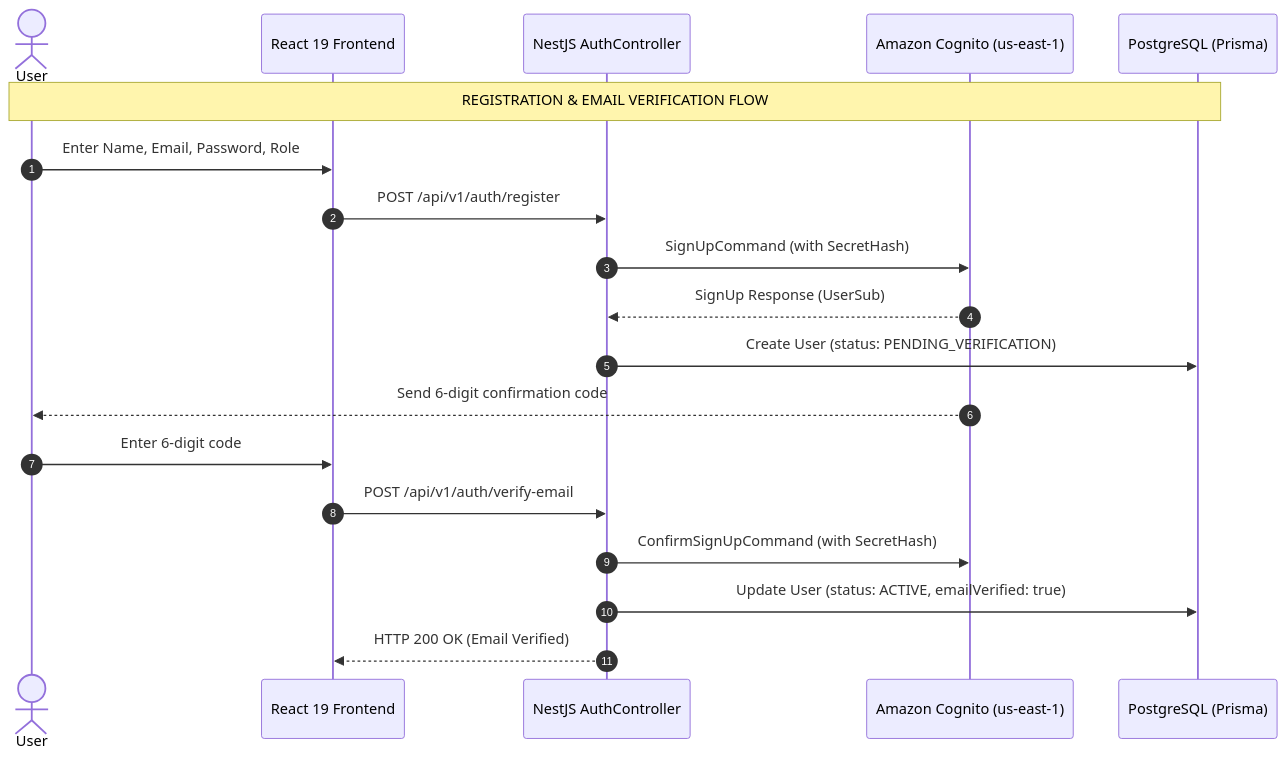
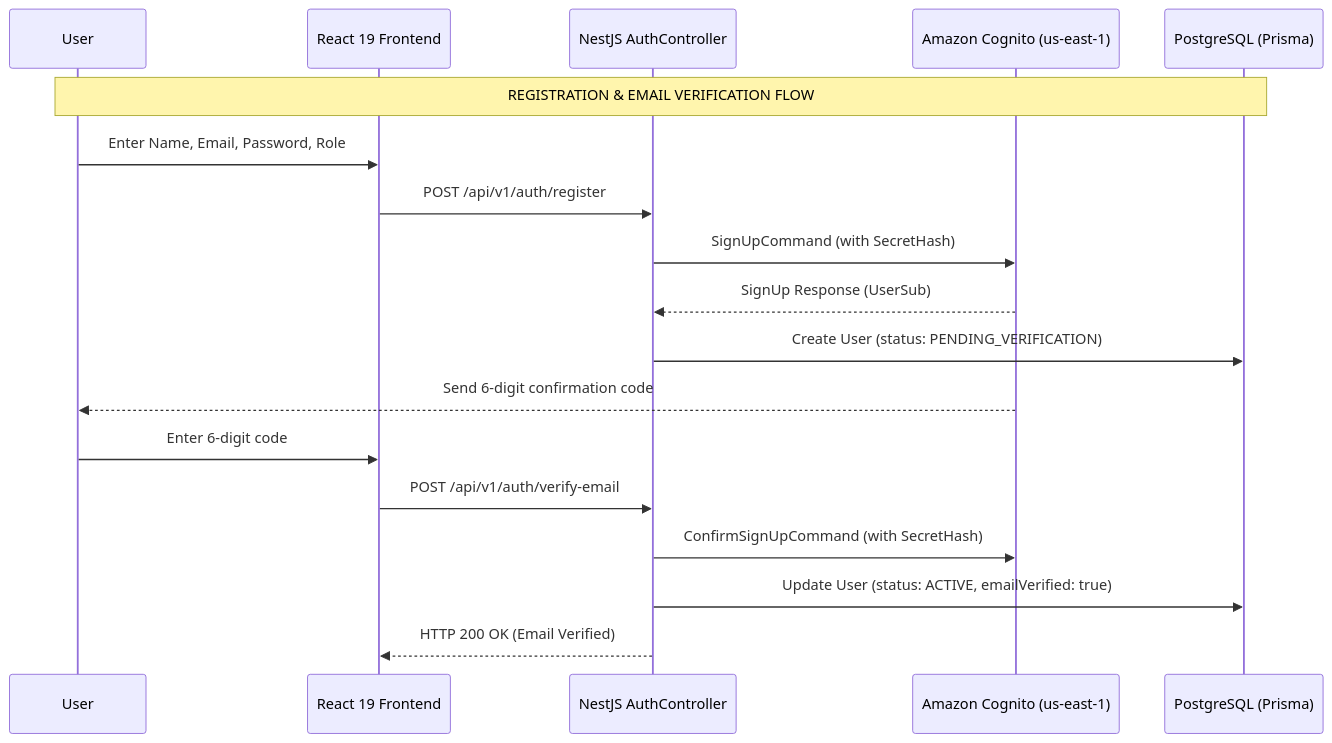
Before and after one commit to KelvinPhans/fcj-workshop: the diagram in content/3-BlogsPosted/3.1-Blog1/_index.md, drawn with Mermaid. The commit also changed other lines of this file and 30 other files, not shown here.

Commit message:
docs: update PostgreSQL, technical blogs, diagrams and events

````diff
--- a/content/3-BlogsPosted/3.1-Blog1/_index.md
+++ b/content/3-BlogsPosted/3.1-Blog1/_index.md
@@ -44,22 +39,21 @@
-```mermaid
+{{< mermaid >}}
 sequenceDiagram
-    autonumber
-    actor User as User
+    participant User as User
     participant FE as React 19 Frontend
     participant BE as NestJS AuthController
     participant Cog as Amazon Cognito (us-east-1)
     participant DB as PostgreSQL (Prisma)
 
     Note over User, DB: REGISTRATION & EMAIL VERIFICATION FLOW
     User->>FE: Enter Name, Email, Password, Role
     FE->>BE: POST /api/v1/auth/register
     BE->>Cog: SignUpCommand (with SecretHash)
     Cog-->>BE: SignUp Response (UserSub)
     BE->>DB: Create User (status: PENDING_VERIFICATION)
     Cog-->>User: Send 6-digit confirmation code
     User->>FE: Enter 6-digit code
     FE->>BE: POST /api/v1/auth/verify-email
     BE->>Cog: ConfirmSignUpCommand (with SecretHash)
     BE->>DB: Update User (status: ACTIVE, emailVerified: true)
     BE-->>FE: HTTP 200 OK (Email Verified)
-```
+{{< /mermaid >}}
````
